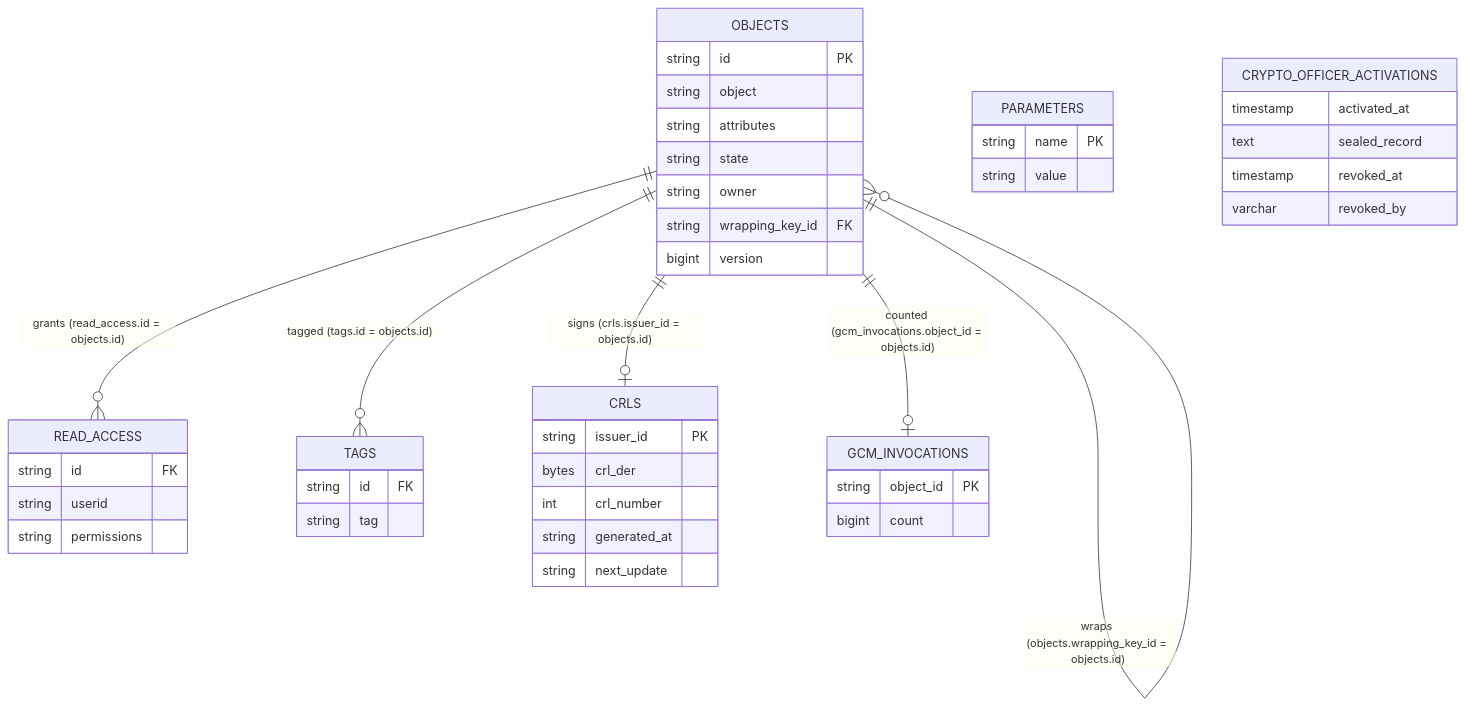
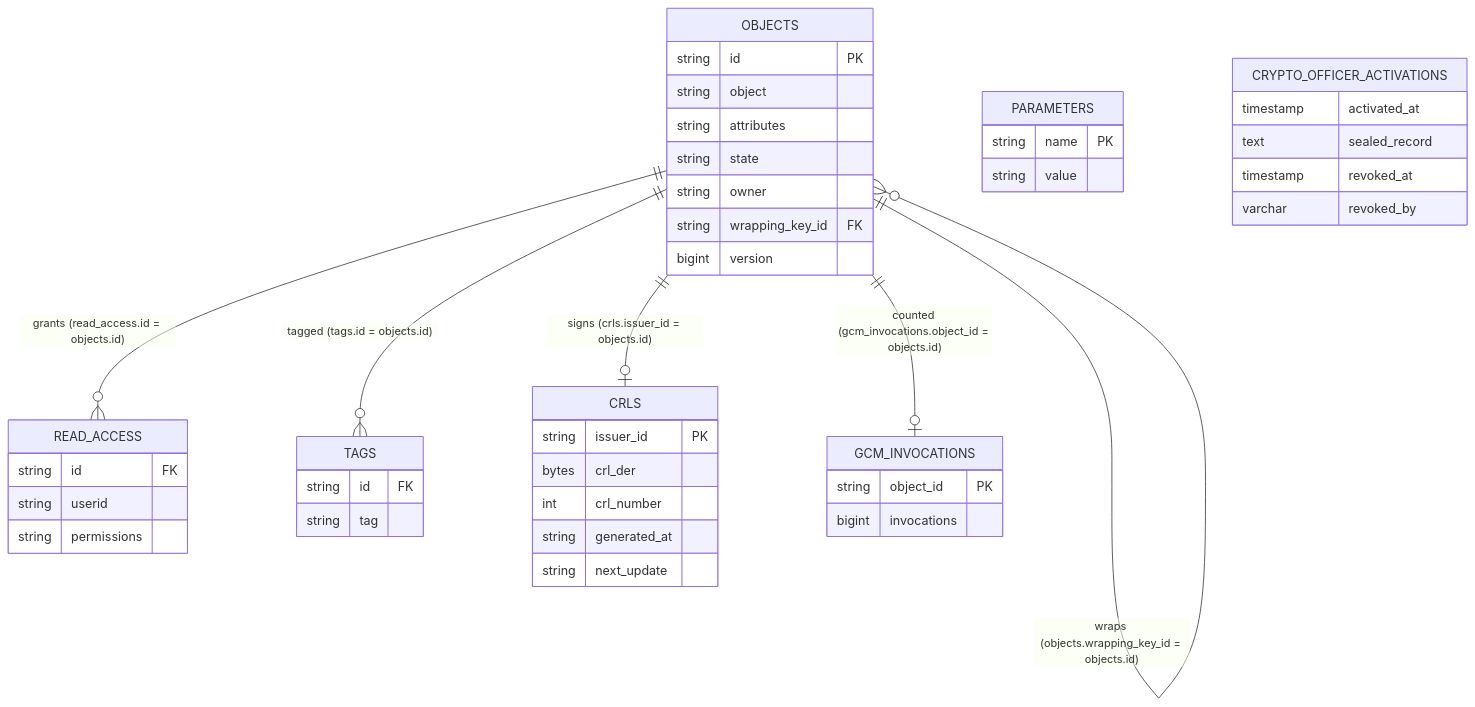
The diagram in documentation/docs/configuration/database/tables.md (Cosmian/kms), drawn with Mermaid before and after one commit. The commit also changed other lines of this file and 11 other files, not shown here.

````diff
--- a/documentation/docs/configuration/database/tables.md
+++ b/documentation/docs/configuration/database/tables.md
@@ -26,47 +26,47 @@
 ```mermaid
 erDiagram
     OBJECTS ||--o{ READ_ACCESS : "grants (read_access.id = objects.id)"
     OBJECTS ||--o{ TAGS : "tagged (tags.id = objects.id)"
     OBJECTS ||--o{ OBJECTS : "wraps (objects.wrapping_key_id = objects.id)"
     OBJECTS ||--o| CRLS : "signs (crls.issuer_id = objects.id)"
     OBJECTS ||--o| GCM_INVOCATIONS : "counted (gcm_invocations.object_id = objects.id)"
     PARAMETERS {
         string name PK
         string value
     }
     OBJECTS {
         string id PK
         string object
         string attributes
         string state
         string owner
         string wrapping_key_id FK
         bigint version
     }
     READ_ACCESS {
         string id FK
         string userid
         string permissions
     }
     TAGS {
         string id FK
         string tag
     }
     CRLS {
         string issuer_id PK
         bytes  crl_der
         int    crl_number
         string generated_at
         string next_update
     }
     GCM_INVOCATIONS {
         string object_id PK
-        bigint count
+        bigint invocations
     }
     CRYPTO_OFFICER_ACTIVATIONS {
         timestamp activated_at
         text sealed_record
         timestamp revoked_at
         varchar revoked_by
     }
 ```
````
